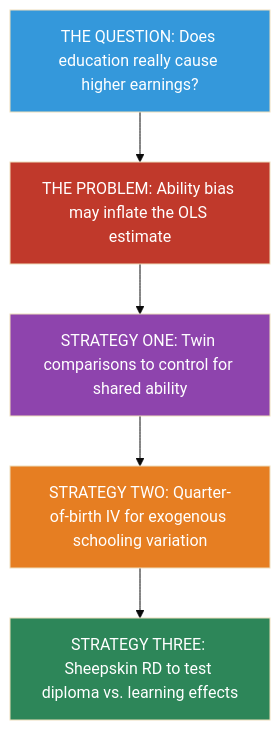
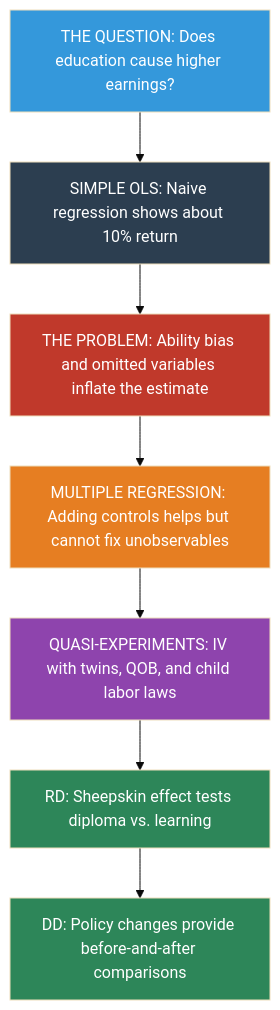
Before and after one commit to cmg777/intro2causal: the first of 2 diagrams in notebooks_quarto/06-wages-of-schooling.qmd, drawn with Mermaid (base theme). The commit also changed other lines of this file and 24 other files, not shown here.

````diff
--- a/notebooks_quarto/06-wages-of-schooling.qmd
+++ b/notebooks_quarto/06-wages-of-schooling.qmd
@@ -33,19 +36,23 @@
 ```{mermaid}
 %%| label: fig-roadmap
-%%| fig-cap: "Roadmap for Chapter 6"
+%%| fig-cap: "Roadmap: The Methods Ladder for Chapter 6"
 
 graph TD
-    A["THE QUESTION: Does education really cause higher earnings?"]
-    B["THE PROBLEM: Ability bias may inflate the OLS estimate"]
-    C["STRATEGY ONE: Twin comparisons to control for shared ability"]
-    D["STRATEGY TWO: Quarter-of-birth IV for exogenous schooling variation"]
-    E["STRATEGY THREE: Sheepskin RD to test diploma vs. learning effects"]
+    A["THE QUESTION: Does education cause higher earnings?"]
+    B["SIMPLE OLS: Naive regression shows about 10% return"]
+    C["THE PROBLEM: Ability bias and omitted variables inflate the estimate"]
+    D["MULTIPLE REGRESSION: Adding controls helps but cannot fix unobservables"]
+    E["QUASI-EXPERIMENTS: IV with twins, QOB, and child labor laws"]
+    F["RD: Sheepskin effect tests diploma vs. learning"]
+    G["DD: Policy changes provide before-and-after comparisons"]
 
-    A --> B --> C --> D --> E
+    A --> B --> C --> D --> E --> F --> G
 
     style A fill:#3498db,color:#fff
-    style B fill:#c0392b,color:#fff
-    style C fill:#8e44ad,color:#fff
+    style B fill:#2c3e50,color:#fff
+    style C fill:#c0392b,color:#fff
     style D fill:#e67e22,color:#fff
-    style E fill:#2d8659,color:#fff
+    style E fill:#8e44ad,color:#fff
+    style F fill:#2d8659,color:#fff
+    style G fill:#2d8659,color:#fff
 ```
````
